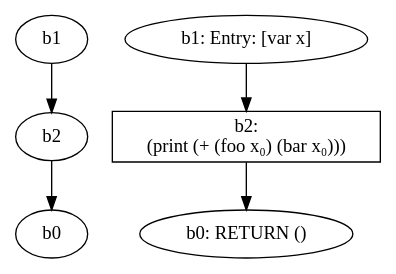
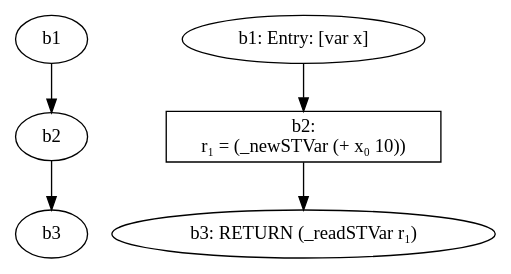
One commit to leorigon/TE-Infer-SSA changed the diagram in out.dot. Above: the diagram before and after it, drawn with Graphviz. The commit also changed 10 other files, not shown here.

```diff
--- a/out.dot
+++ b/out.dot
@@ -1,12 +1,12 @@
 digraph g {
-  d0 [label=b0];
-  d2 -> d0;
-  b0 [label="b0: RETURN ()"];
   d1 [label=b1];
   b1 [label="b1: Entry: [var x]"];
   b1 -> b2;
   d2 [label=b2];
   d1 -> d2;
-  b2 [shape=box, label="b2:\n(print (+ (foo x₀) (bar x₀)))"];
-  b2 -> b0;
+  b2 [shape=box, label="b2:\nr₁ = (_newSTVar (+ x₀ 10))"];
+  b2 -> b3;
+  d3 [label=b3];
+  d2 -> d3;
+  b3 [label="b3: RETURN (_readSTVar r₁)"];
 }
```
